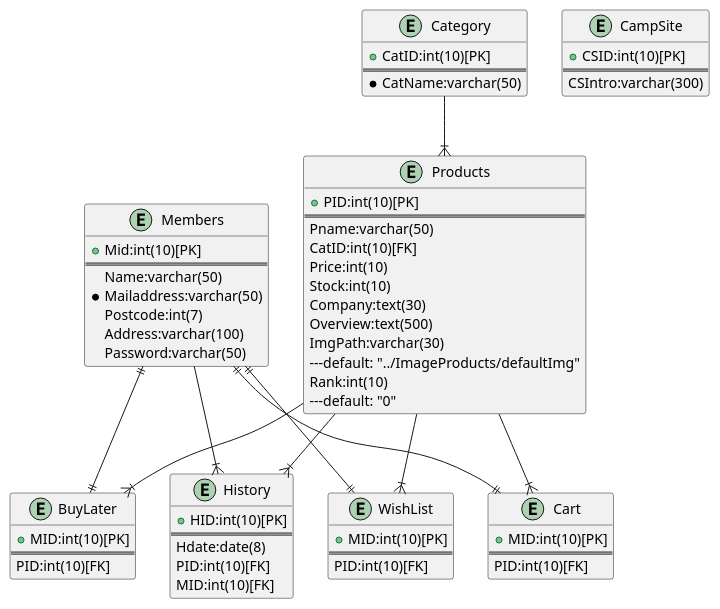
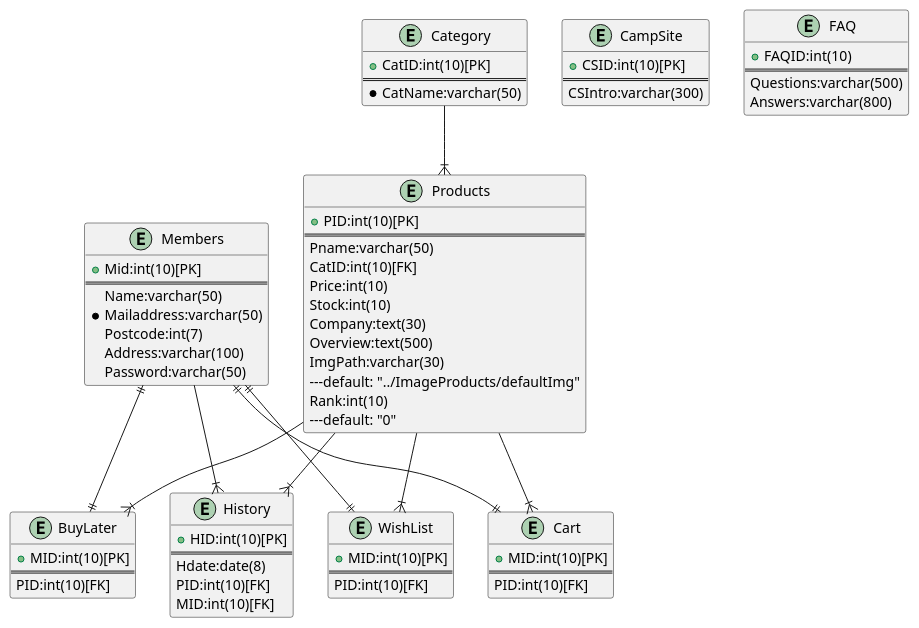
Before and after one commit to Aso2001217/Asozon: the diagram in ER.md, drawn with PlantUML.

```diff
--- a/ER.md
+++ b/ER.md
@@ -63,6 +63,13 @@
 CSIntro:varchar(300)
 }
 
+entity "FAQ"{
++ FAQID:int(10)
+==
+Questions:varchar(500)
+Answers:varchar(800)
+}
+
 Products --|{ Cart
 Products --|{ WishList
 Products --|{ History
```
